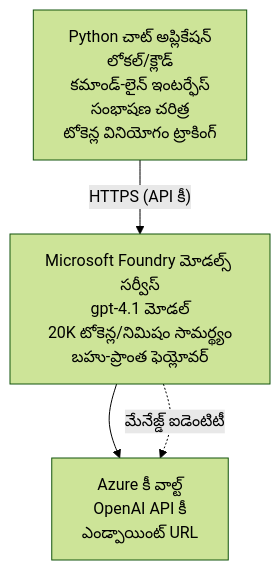
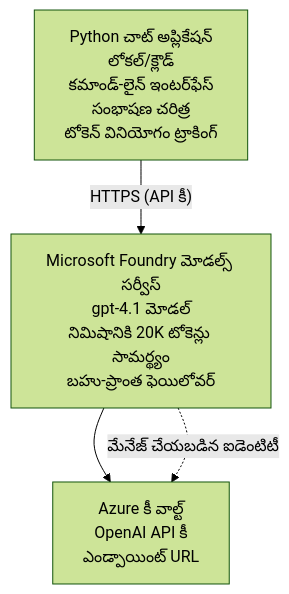
Before and after one commit to microsoft/AZD-for-beginners: the diagram in translations/te/examples/azure-openai-chat/README.md, drawn with Mermaid (forest theme). The commit also changed other lines of this file and 104 other files, not shown here.

````diff
--- a/translations/te/examples/azure-openai-chat/README.md
+++ b/translations/te/examples/azure-openai-chat/README.md
@@ -26,6 +26,6 @@
 ```mermaid
 graph TD
-    App[Python చాట్ అప్లికేషన్<br/>లోకల్/క్లౌడ్<br/>కమాండ్-లైన్ ఇంటర్ఫేస్<br/>సంభాషణ చరిత్ర<br/>టోకెన్ల వినియోగం ట్రాకింగ్] -- "HTTPS (API కీ)" --> Foundry[Microsoft Foundry మోడల్స్ సర్వీస్<br/>gpt-4.1 మోడల్<br/>20K టోకెన్ల/నిమిషం సామర్థ్యం<br/>బహు-ప్రాంత ఫెయ్లోవర్]
+    App[Python చాట్ అప్లికేషన్<br/>లోకల్/క్లౌడ్<br/>కమాండ్-లైన్ ఇంటర్‌ఫేస్<br/>సంభాషణ చరిత్ర<br/>టోకెన్ వినియోగం ట్రాకింగ్] -- "HTTPS (API కీ)" --> Foundry[Microsoft Foundry మోడల్స్ సర్వీస్<br/>gpt-4.1 మోడల్<br/>నిమిషానికి 20K టోకెన్లు సామర్థ్యం<br/>బహు-ప్రాంత ఫెయిలోవర్]
     Foundry --> KV[Azure కీ వాల్ట్<br/>OpenAI API కీ<br/>ఎండ్పాయింట్ URL]
-    Foundry -. మేనేజ్డ్ ఐడెంటిటీ .-> KV
+    Foundry -. మేనేజ్ చేయబడిన ఐడెంటిటీ .-> KV
 ```
````
